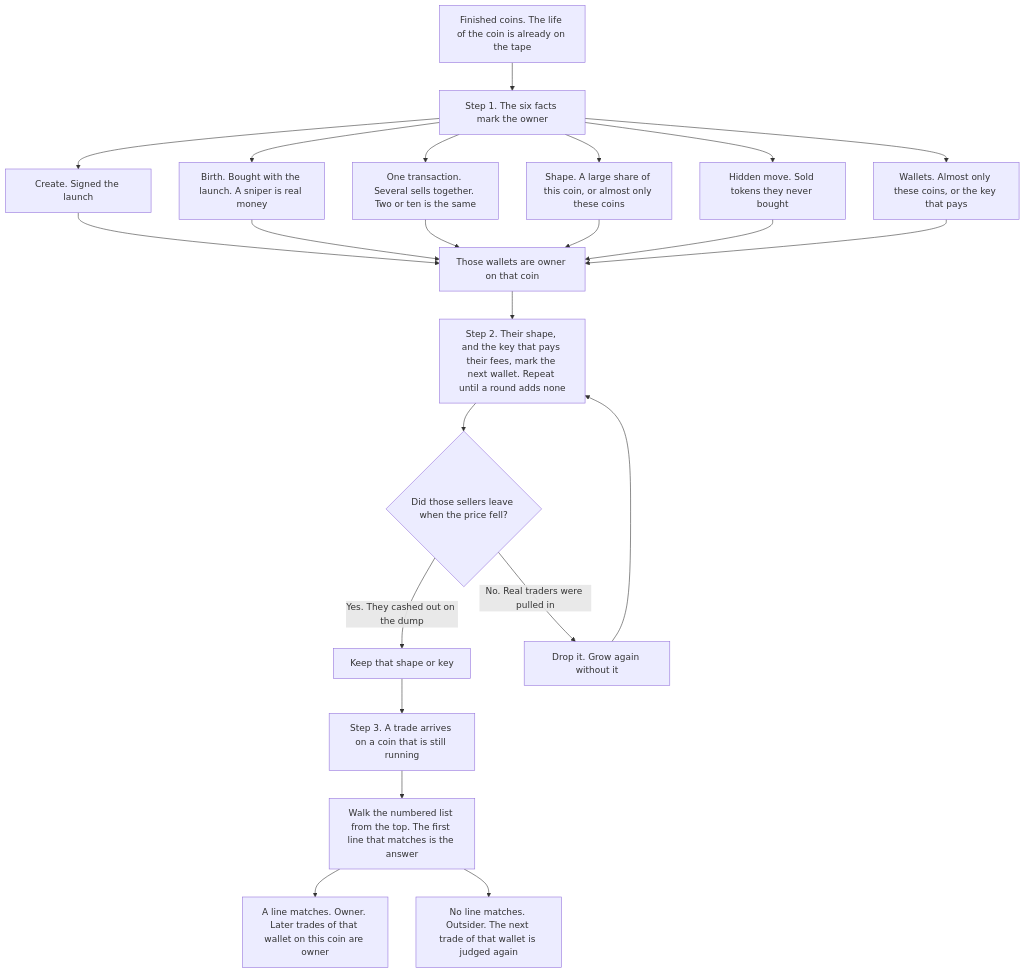
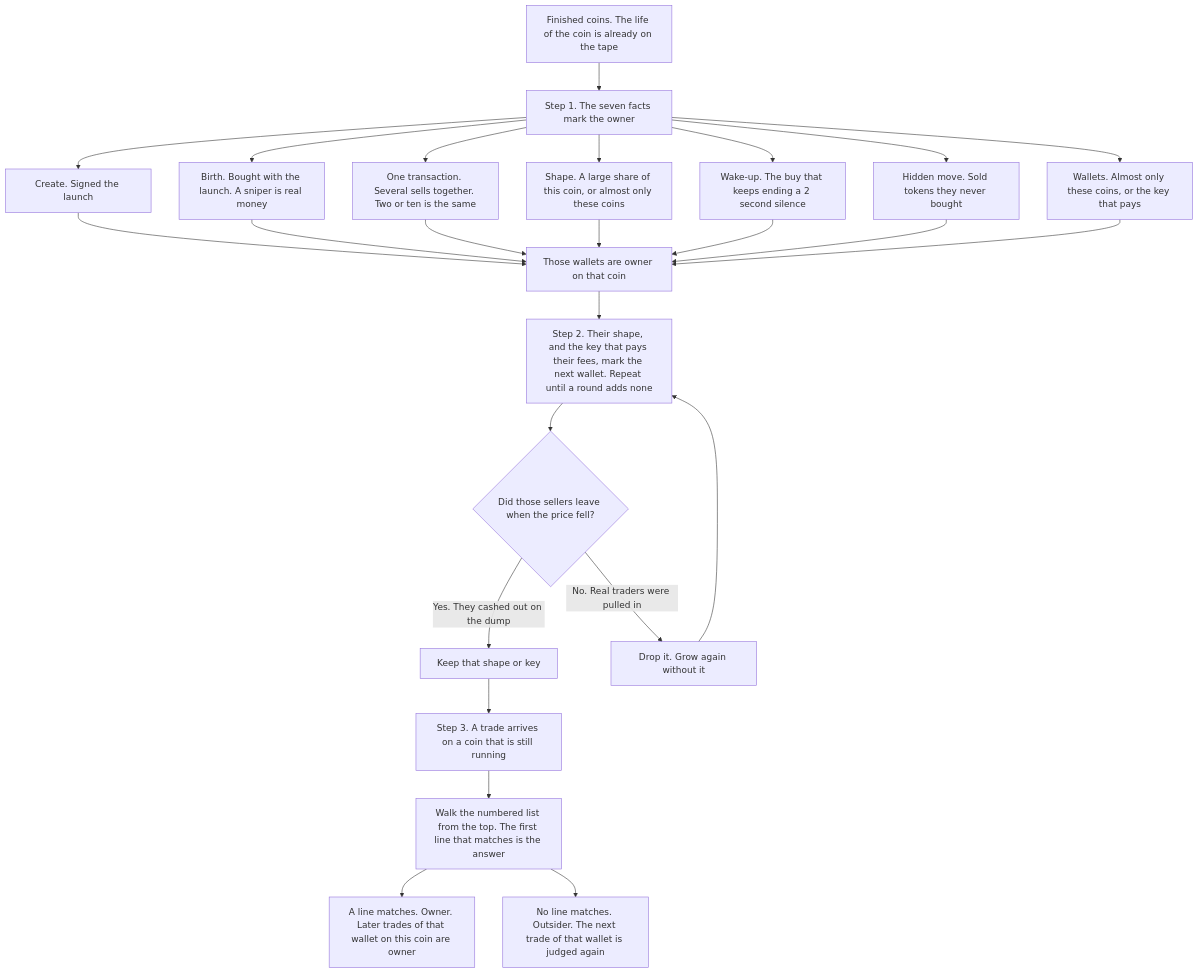
The diagram in hunter/docs/plans/strategies/owner-split.md (daan-noel/trade-launch-bot), drawn with Mermaid before and after one commit. The commit also changed other lines of this file, not shown here.

Commit message:
new owner-split rule : wake-up

````diff
--- a/hunter/docs/plans/strategies/owner-split.md
+++ b/hunter/docs/plans/strategies/owner-split.md
@@ -42,29 +44,31 @@
 ```mermaid
 flowchart TD
-  done["Finished coins. The life of the coin is already on the tape"] --> mark["Step 1. The six facts mark the owner"]
+  done["Finished coins. The life of the coin is already on the tape"] --> mark["Step 1. The seven facts mark the owner"]
 
   mark --> create["Create. Signed the launch"]
   mark --> birth["Birth. Bought with the launch. A sniper is real money"]
   mark --> tx["One transaction. Several sells together. Two or ten is the same"]
   mark --> shape["Shape. A large share of this coin, or almost only these coins"]
+  mark --> wake["Wake-up. The buy that keeps ending a 2 second silence"]
   mark --> hidden["Hidden move. Sold tokens they never bought"]
   mark --> wallets["Wallets. Almost only these coins, or the key that pays"]
 
   create --> known["Those wallets are owner on that coin"]
   birth --> known
   tx --> known
   shape --> known
+  wake --> known
   hidden --> known
   wallets --> known
 
   known --> grow["Step 2. Their shape, and the key that pays their fees, mark the next wallet. Repeat until a round adds none"]
   grow --> check{"Did those sellers leave when the price fell?"}
   check -->|Yes. They cashed out on the dump| keep["Keep that shape or key"]
   check -->|No. Real traders were pulled in| drop["Drop it. Grow again without it"]
   drop --> grow
 
   keep --> arrive["Step 3. A trade arrives on a coin that is still running"]
   arrive --> walk["Walk the numbered list from the top. The first line that matches is the answer"]
   walk --> owner["A line matches. Owner. Later trades of that wallet on this coin are owner"]
   walk --> outsider["No line matches. Outsider. The next trade of that wallet is judged again"]
 ```
````
